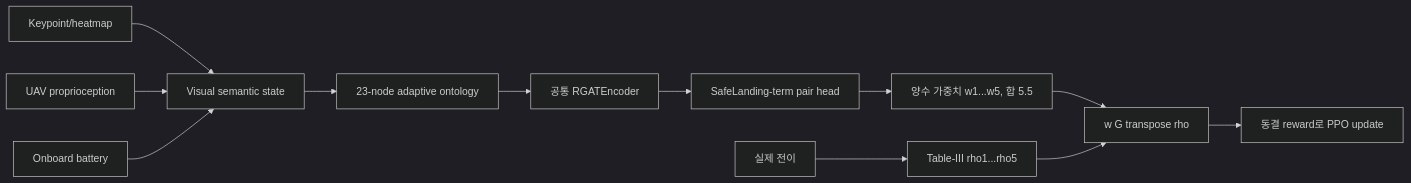
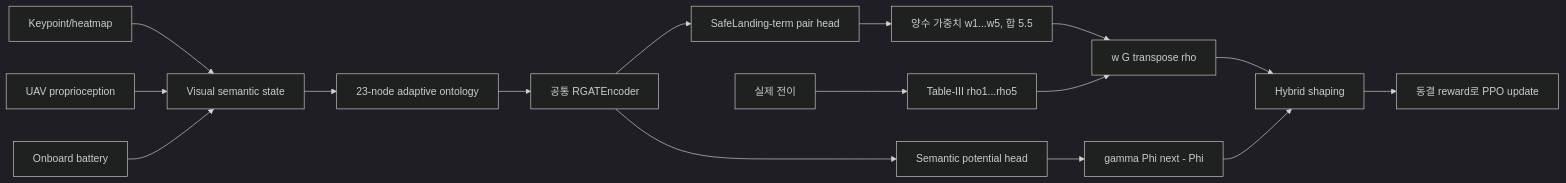
One commit to junsuk123/OntoReward-RL changed the diagram in Ontology_RGAT_UAV_RL_ISAAC_PX4/docs/ONTOLOGY_RGAT_ADAPTIVE_REWARD_WEIGHTING.md. Above: the diagram before and after it, drawn with Mermaid (dark theme). The commit also changed other lines of this file and 17 other files, not shown here.

````diff
--- a/Ontology_RGAT_UAV_RL_ISAAC_PX4/docs/ONTOLOGY_RGAT_ADAPTIVE_REWARD_WEIGHTING.md
+++ b/Ontology_RGAT_UAV_RL_ISAAC_PX4/docs/ONTOLOGY_RGAT_ADAPTIVE_REWARD_WEIGHTING.md
@@ -13,14 +14,18 @@
 ```mermaid
 flowchart LR
   CAM[Keypoint/heatmap] --> SEM[Visual semantic state]
   UAV[UAV proprioception] --> SEM
   BAT[Onboard battery] --> SEM
   SEM --> G[23-node adaptive ontology]
   G --> ENC[공통 RGATEncoder]
   ENC --> HEAD[SafeLanding-term pair head]
+  ENC --> PHI[Semantic potential head]
   HEAD --> W[양수 가중치 w1...w5, 합 5.5]
+  PHI --> PBRS[gamma Phi next - Phi]
   TR[실제 전이] --> RHO[Table-III rho1...rho5]
   W --> DOT[w G transpose rho]
   RHO --> DOT
-  DOT --> PPO[동결 reward로 PPO update]
+  DOT --> SUM[Hybrid shaping]
+  PBRS --> SUM
+  SUM --> PPO[동결 reward로 PPO update]
 ```
````
